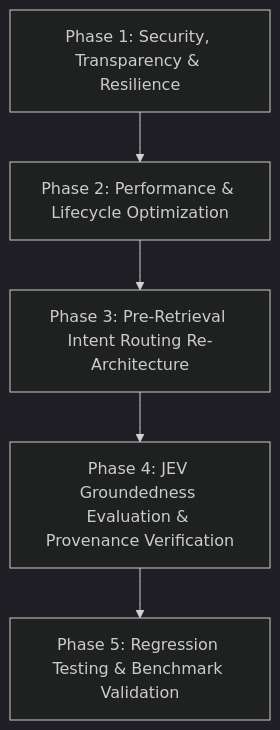
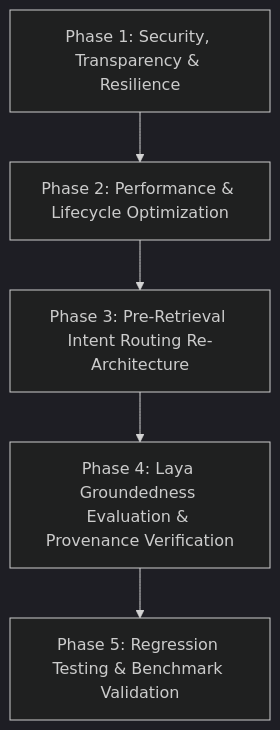
One commit to AkaashSamson/Company_Bot changed the diagram in Documentation/Architecture/plan.md. Above: the diagram before and after it, drawn with Mermaid (dark theme). The commit also changed other lines of this file and 24 other files, not shown here.

````diff
--- a/Documentation/Architecture/plan.md
+++ b/Documentation/Architecture/plan.md
@@ -26,7 +26,7 @@
 ```mermaid
 graph TD
     P1[Phase 1: Security, Transparency & Resilience] --> P2[Phase 2: Performance & Lifecycle Optimization]
     P2 --> P3[Phase 3: Pre-Retrieval Intent Routing Re-Architecture]
-    P3 --> P4[Phase 4: JEV Groundedness Evaluation & Provenance Verification]
+    P3 --> P4[Phase 4: Laya Groundedness Evaluation & Provenance Verification]
     P4 --> P5[Phase 5: Regression Testing & Benchmark Validation]
 ```
````
